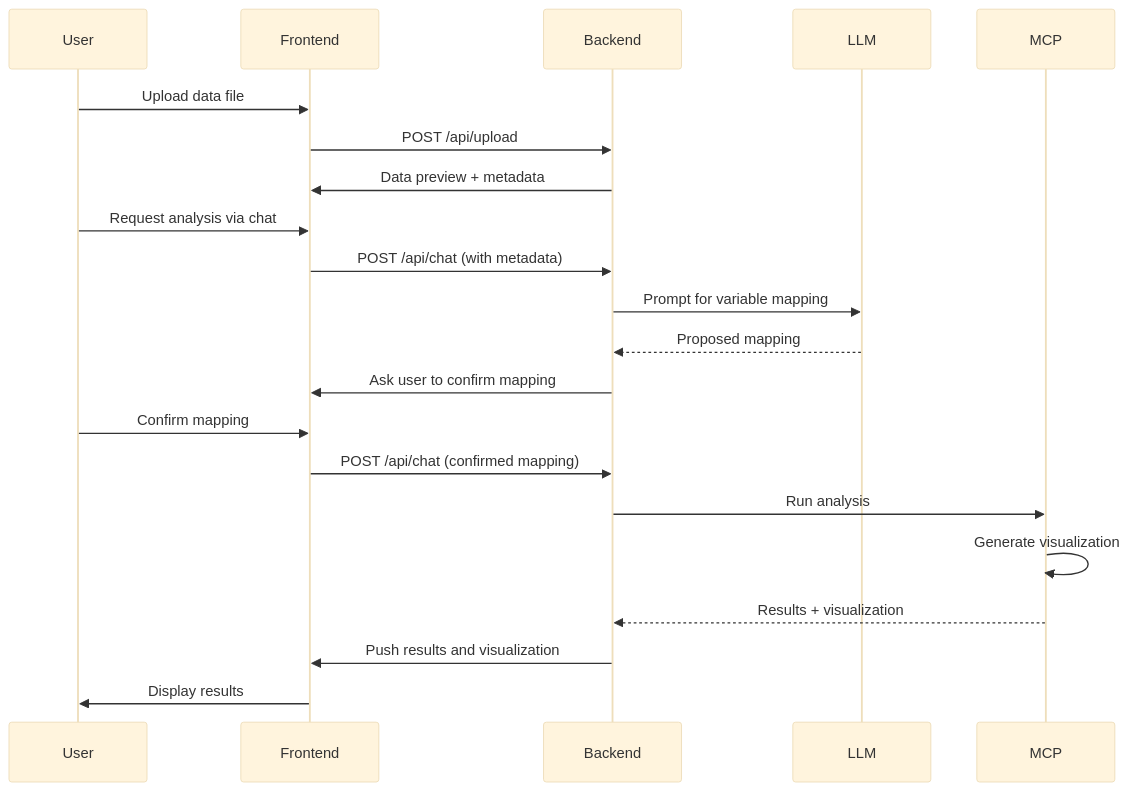
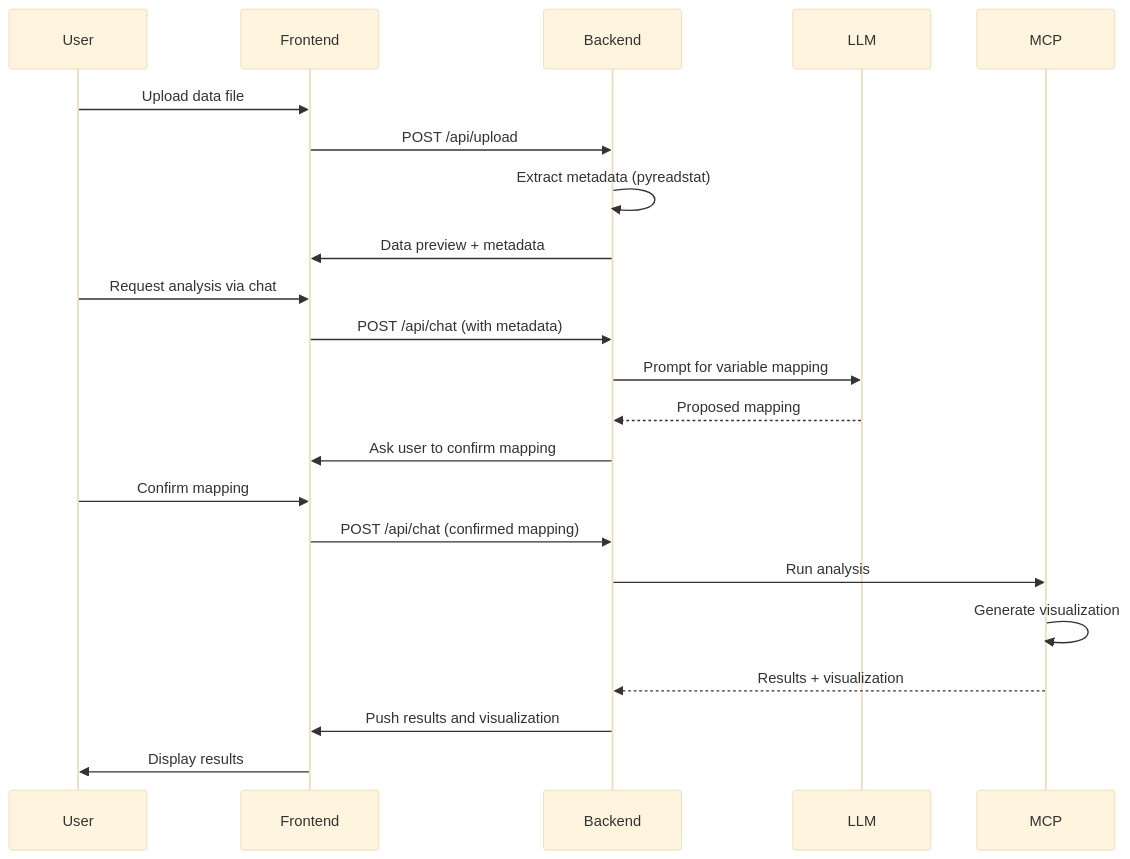
Before and after one commit to halderavik/mr_with_ai: the third of 3 diagrams in ARCHITECTURE.md, drawn with Mermaid (base theme). The commit also changed other lines of this file and 10 other files, not shown here.

````diff
--- a/ARCHITECTURE.md
+++ b/ARCHITECTURE.md
@@ -146,23 +183,24 @@
 ```mermaid
 sequenceDiagram
     participant U as User
     participant F as Frontend
     participant B as Backend
     participant L as LLM
     participant M as MCP
     U->>F: Upload data file
     F->>B: POST /api/upload
+    B->>B: Extract metadata (pyreadstat)
     B->>F: Data preview + metadata
     U->>F: Request analysis via chat
     F->>B: POST /api/chat (with metadata)
     B->>L: Prompt for variable mapping
     L-->>B: Proposed mapping
     B->>F: Ask user to confirm mapping
     U->>F: Confirm mapping
     F->>B: POST /api/chat (confirmed mapping)
     B->>M: Run analysis
     M->>M: Generate visualization
     M-->>B: Results + visualization
     B->>F: Push results and visualization
     F->>U: Display results
 ```
````
